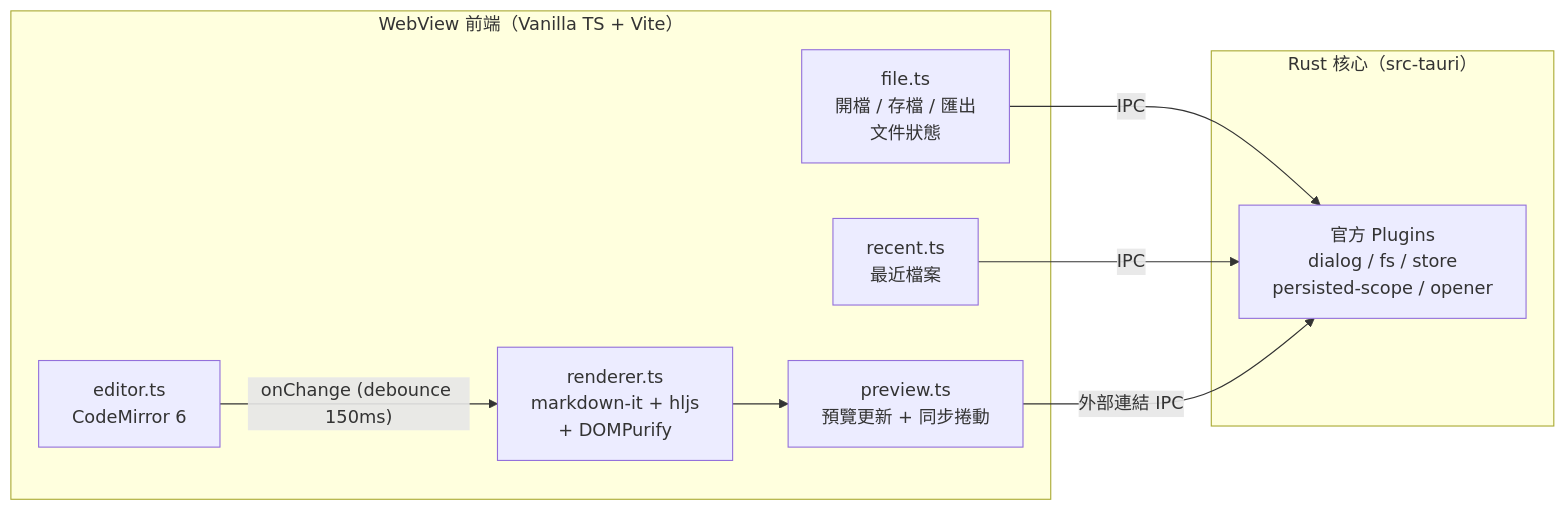
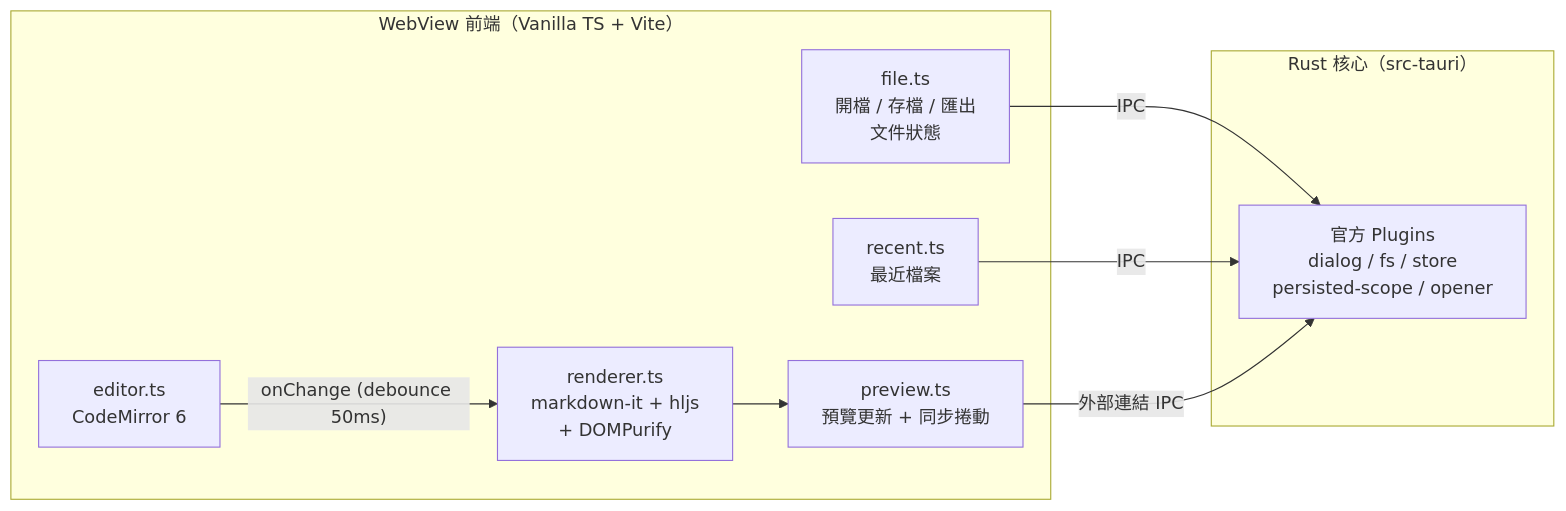
Before and after one commit to is90057/plume: the diagram in README.md, drawn with Mermaid. The commit also changed other lines of this file and 4 other files, not shown here.

````diff
--- a/README.md
+++ b/README.md
@@ -7,18 +27,18 @@
 ```mermaid
 flowchart LR
     subgraph Frontend["WebView 前端（Vanilla TS + Vite）"]
         Editor["editor.ts<br/>CodeMirror 6"]
         Renderer["renderer.ts<br/>markdown-it + hljs<br/>+ DOMPurify"]
         Preview["preview.ts<br/>預覽更新 + 同步捲動"]
         File["file.ts<br/>開檔 / 存檔 / 匯出<br/>文件狀態"]
         Recent["recent.ts<br/>最近檔案"]
     end
     subgraph Rust["Rust 核心（src-tauri）"]
         Plugins["官方 Plugins<br/>dialog / fs / store<br/>persisted-scope / opener"]
     end
-    Editor -- "onChange (debounce 150ms)" --> Renderer
+    Editor -- "onChange (debounce 50ms)" --> Renderer
     Renderer --> Preview
     File -- IPC --> Plugins
     Recent -- IPC --> Plugins
     Preview -- "外部連結 IPC" --> Plugins
 ```
````
